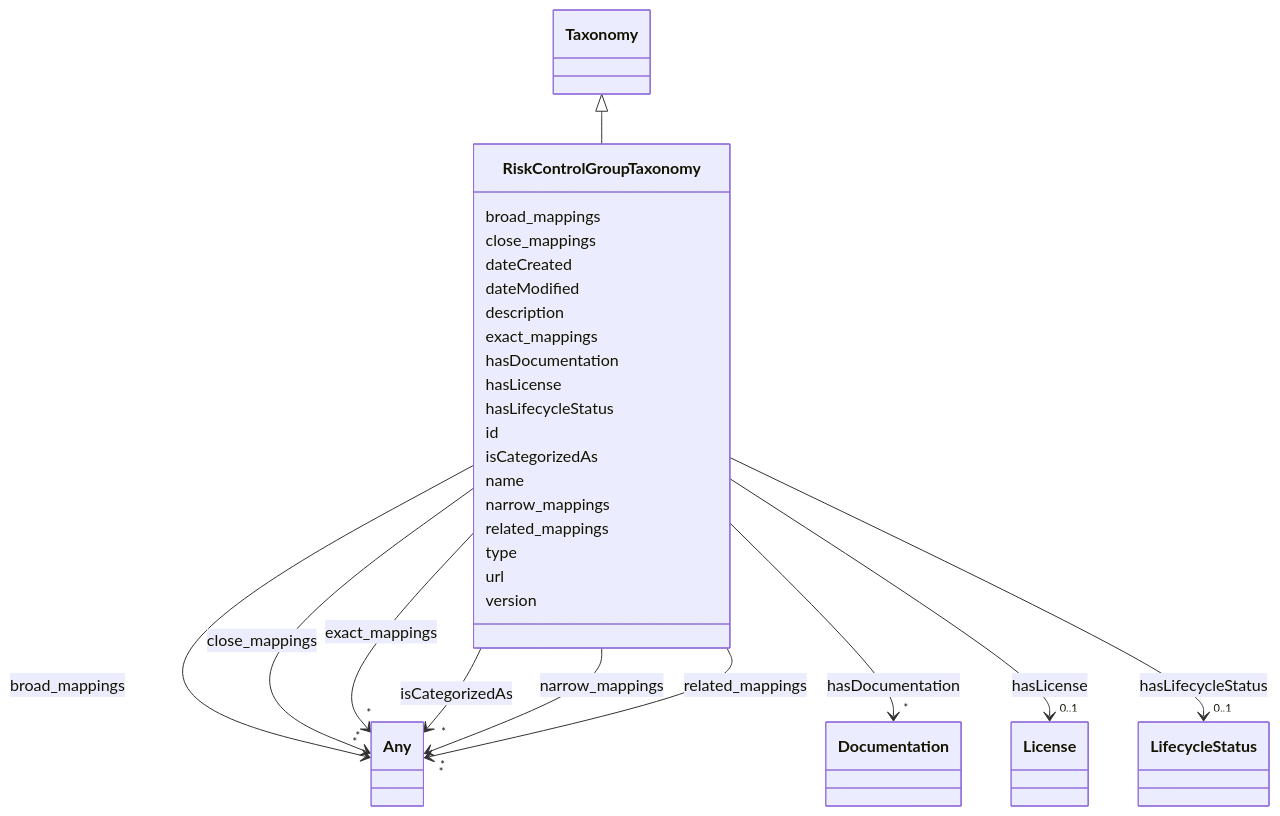
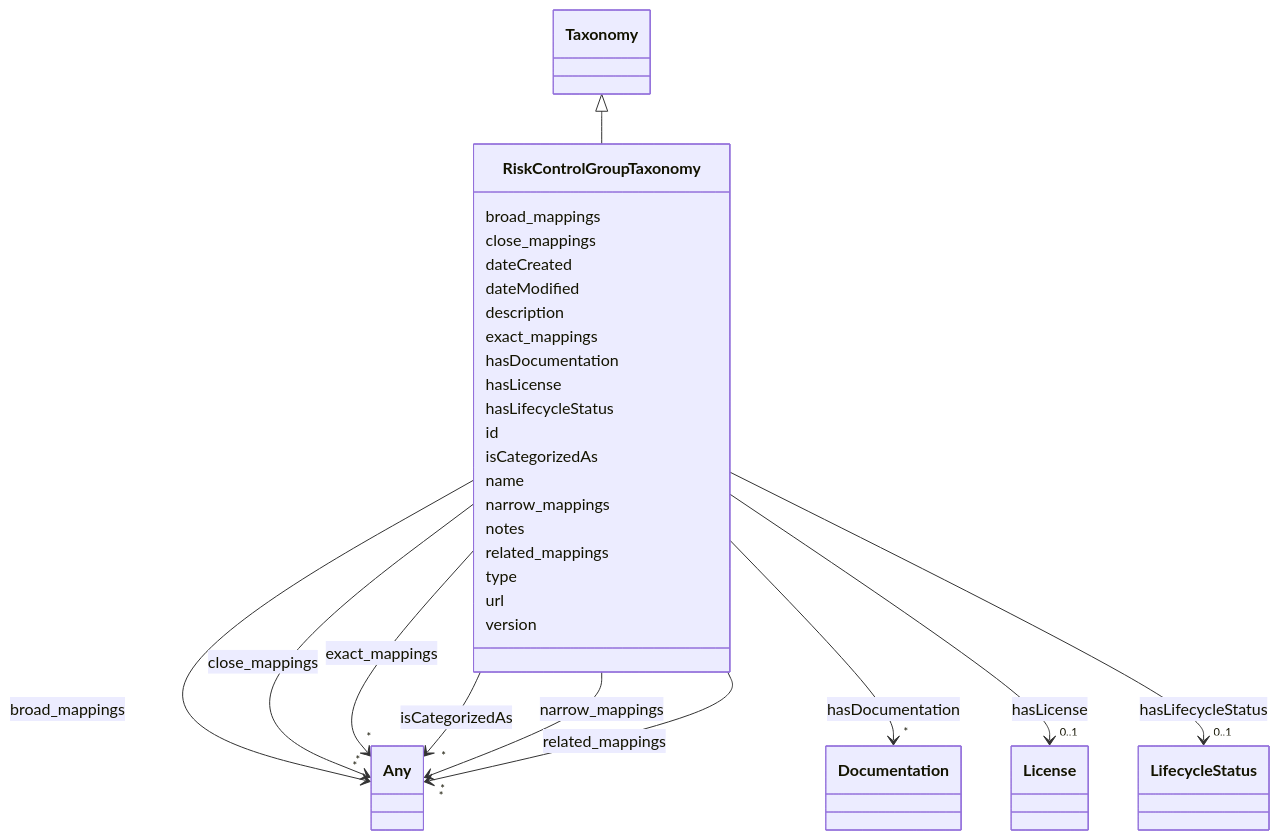
Before and after one commit to ingelise/risk-atlas-nexus: the diagram in docs/ontology/RiskControlGroupTaxonomy.md, drawn with Mermaid. The commit also changed other lines of this file and 318 other files, not shown here.

```diff
--- a/docs/ontology/RiskControlGroupTaxonomy.md
+++ b/docs/ontology/RiskControlGroupTaxonomy.md
@@ -116,6 +116,8 @@
 
 
 
+      RiskControlGroupTaxonomy : notes
+
       RiskControlGroupTaxonomy : related_mappings
 
 
```
